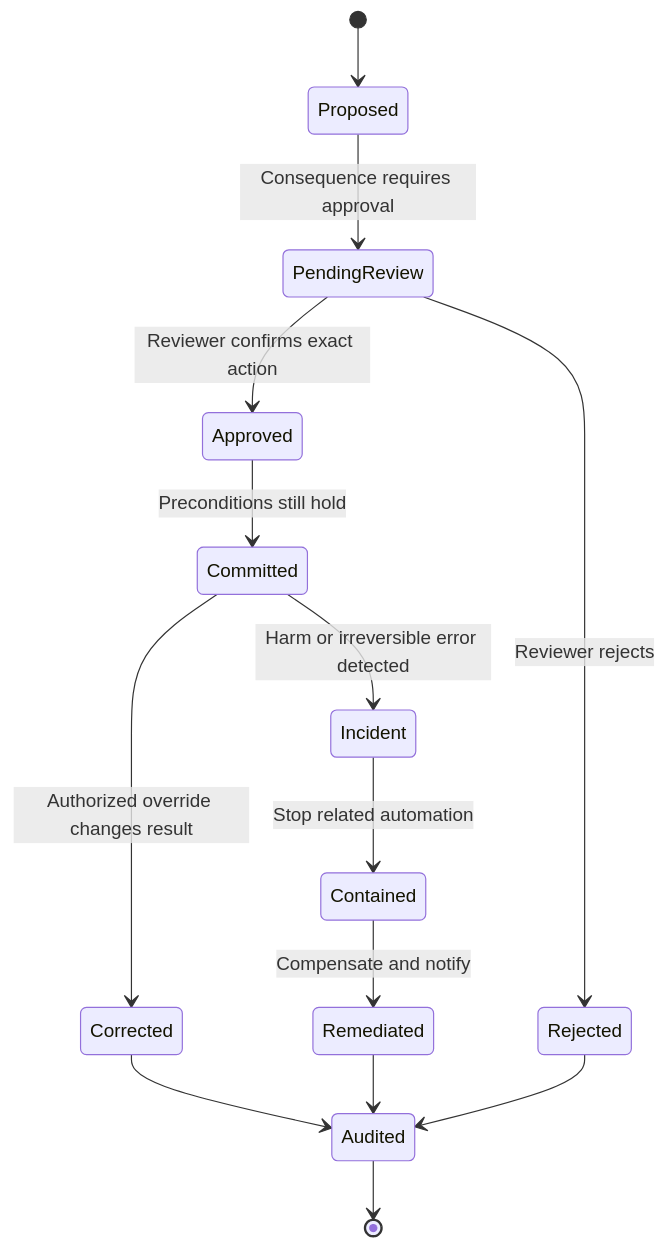
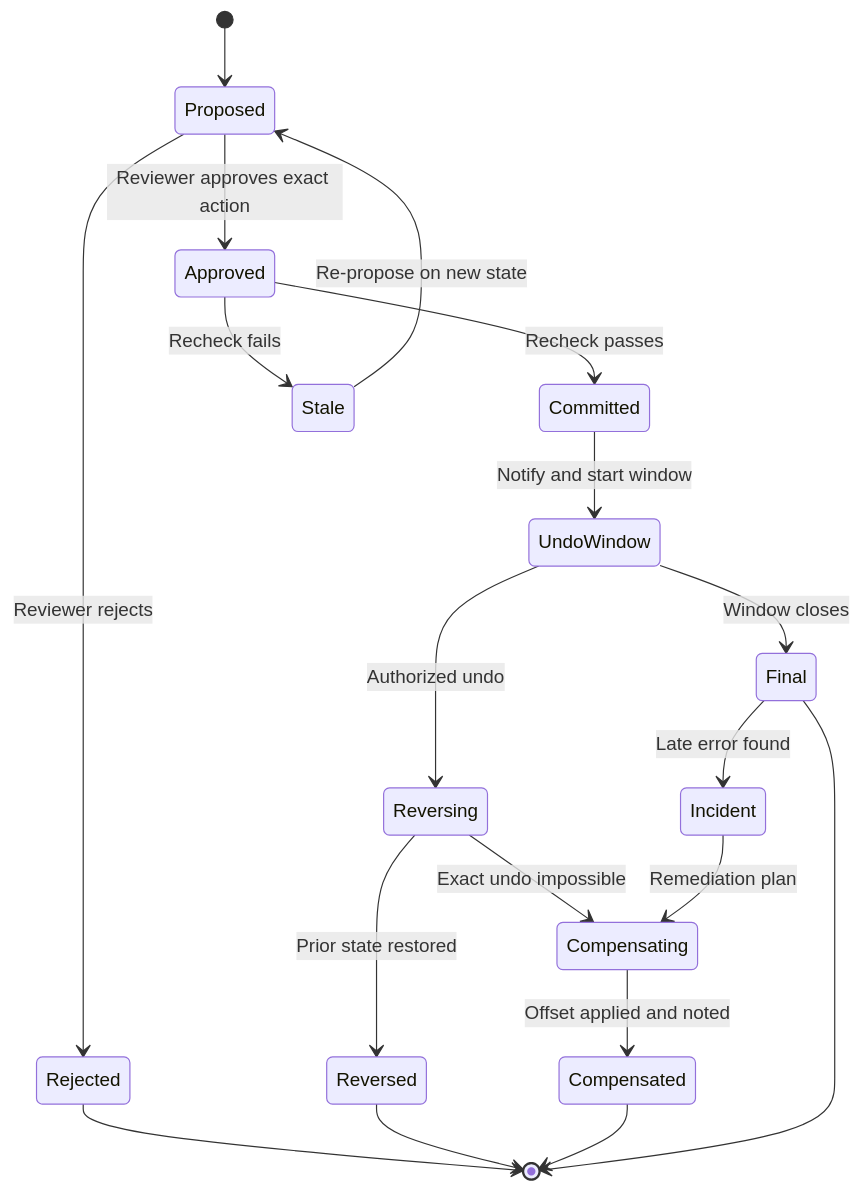
One commit to joydasss/Architect changed the tenth of 17 diagrams in 17_AI_Architecture/CH09_Human_Oversight_and_AI_Assisted_Workflow_Integration.md. Above: the diagram before and after it, drawn with Mermaid. The commit also changed other lines of this file and 295 other files, not shown here.

````diff
--- a/17_AI_Architecture/CH09_Human_Oversight_and_AI_Assisted_Workflow_Integration.md
+++ b/17_AI_Architecture/CH09_Human_Oversight_and_AI_Assisted_Workflow_Integration.md
@@ -72,16 +1095,21 @@
 ```mermaid
 stateDiagram-v2
     [*] --> Proposed
-    Proposed --> PendingReview: Consequence requires approval
-    PendingReview --> Approved: Reviewer confirms exact action
-    PendingReview --> Rejected: Reviewer rejects
-    Approved --> Committed: Preconditions still hold
-    Committed --> Corrected: Authorized override changes result
-    Committed --> Incident: Harm or irreversible error detected
-    Corrected --> Audited
-    Rejected --> Audited
-    Incident --> Contained: Stop related automation
-    Contained --> Remediated: Compensate and notify
-    Remediated --> Audited
-    Audited --> [*]
+    Proposed --> Approved: Reviewer approves exact action
+    Proposed --> Rejected: Reviewer rejects
+    Approved --> Committed: Recheck passes
+    Approved --> Stale: Recheck fails
+    Stale --> Proposed: Re-propose on new state
+    Committed --> UndoWindow: Notify and start window
+    UndoWindow --> Final: Window closes
+    UndoWindow --> Reversing: Authorized undo
+    Reversing --> Reversed: Prior state restored
+    Reversing --> Compensating: Exact undo impossible
+    Compensating --> Compensated: Offset applied and noted
+    Final --> Incident: Late error found
+    Incident --> Compensating: Remediation plan
+    Rejected --> [*]
+    Reversed --> [*]
+    Compensated --> [*]
+    Final --> [*]
 ```
````
